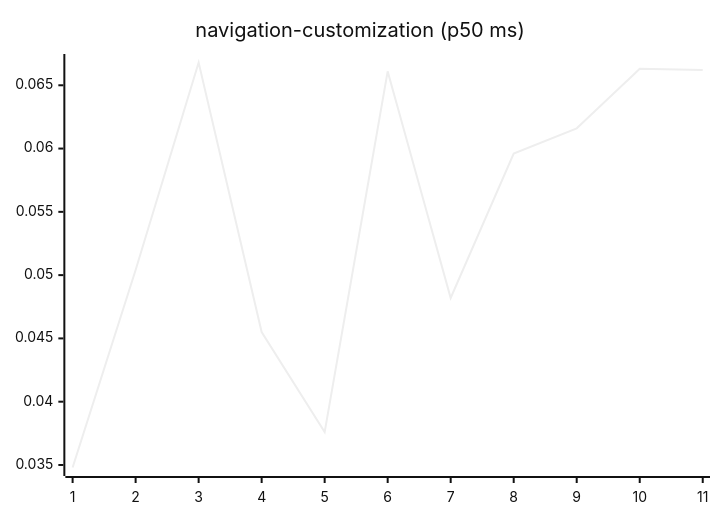
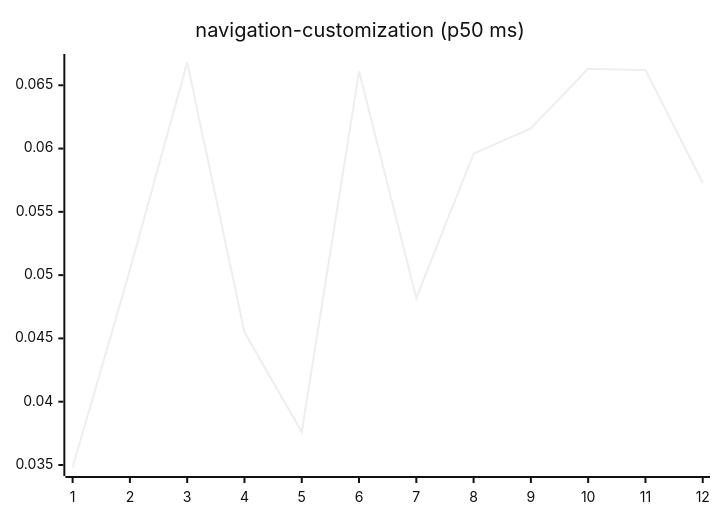
Diagram 15 of 27 in README.md (josha/Facet), drawn with Mermaid (neutral theme) before and after one commit. The commit also changed other lines of this file and 2 other files, not shown here.

````diff
--- a/README.md
+++ b/README.md
@@ -161,6 +161,6 @@
 ```mermaid
 xychart-beta
     title "navigation-customization (p50 ms)"
-    x-axis 1 --> 11
-    line [0.0348, 0.0504, 0.0668, 0.0455, 0.0376, 0.0661, 0.0482, 0.0596, 0.0616, 0.0663, 0.0662]
+    x-axis 1 --> 12
+    line [0.0348, 0.0504, 0.0668, 0.0455, 0.0376, 0.0661, 0.0482, 0.0596, 0.0616, 0.0663, 0.0662, 0.0573]
 ```
````
